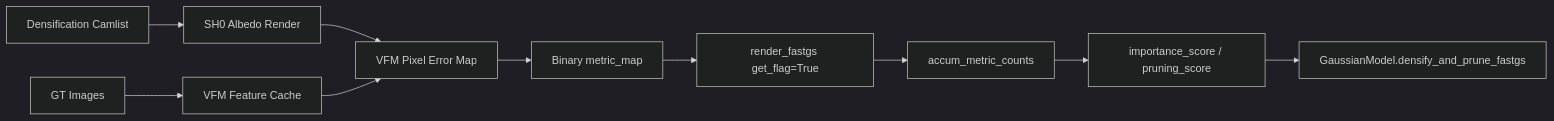
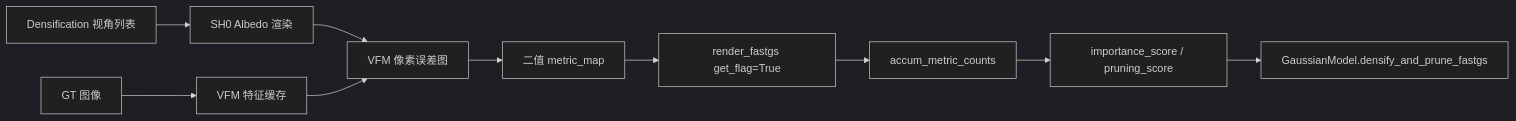
The diagram in docs/experiments/0001_vfm_topology_scorer/proposal.md (fat56/VFM_GS), drawn with Mermaid (dark theme) before and after one commit. The commit also changed other lines of this file and 9 other files, not shown here.

````diff
--- a/docs/experiments/0001_vfm_topology_scorer/proposal.md
+++ b/docs/experiments/0001_vfm_topology_scorer/proposal.md
@@ -9,12 +9,12 @@
 ```mermaid
 flowchart LR
-    GT[GT Images] --> Cache[VFM Feature Cache]
-    Cam[Densification Camlist] --> Render0[SH0 Albedo Render]
-    Render0 --> VFM[VFM Pixel Error Map]
+    GT[GT 图像] --> Cache[VFM 特征缓存]
+    Cam[Densification 视角列表] --> Render0[SH0 Albedo 渲染]
+    Render0 --> VFM[VFM 像素误差图]
     Cache --> VFM
-    VFM --> Metric[Binary metric_map]
+    VFM --> Metric[二值 metric_map]
     Metric --> Raster[render_fastgs get_flag=True]
     Raster --> Counts[accum_metric_counts]
     Counts --> Scores[importance_score / pruning_score]
     Scores --> FastGS[GaussianModel.densify_and_prune_fastgs]
 ```
````
